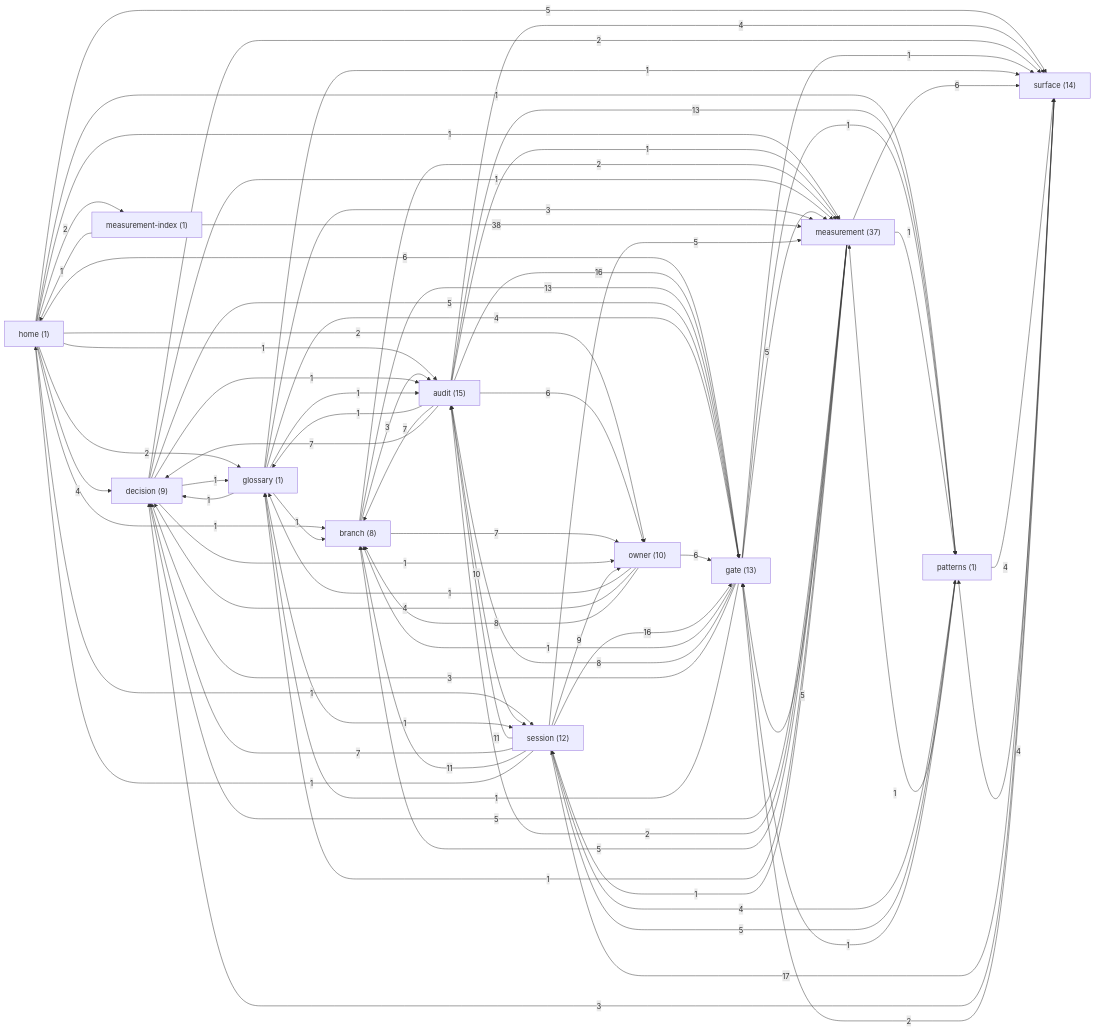
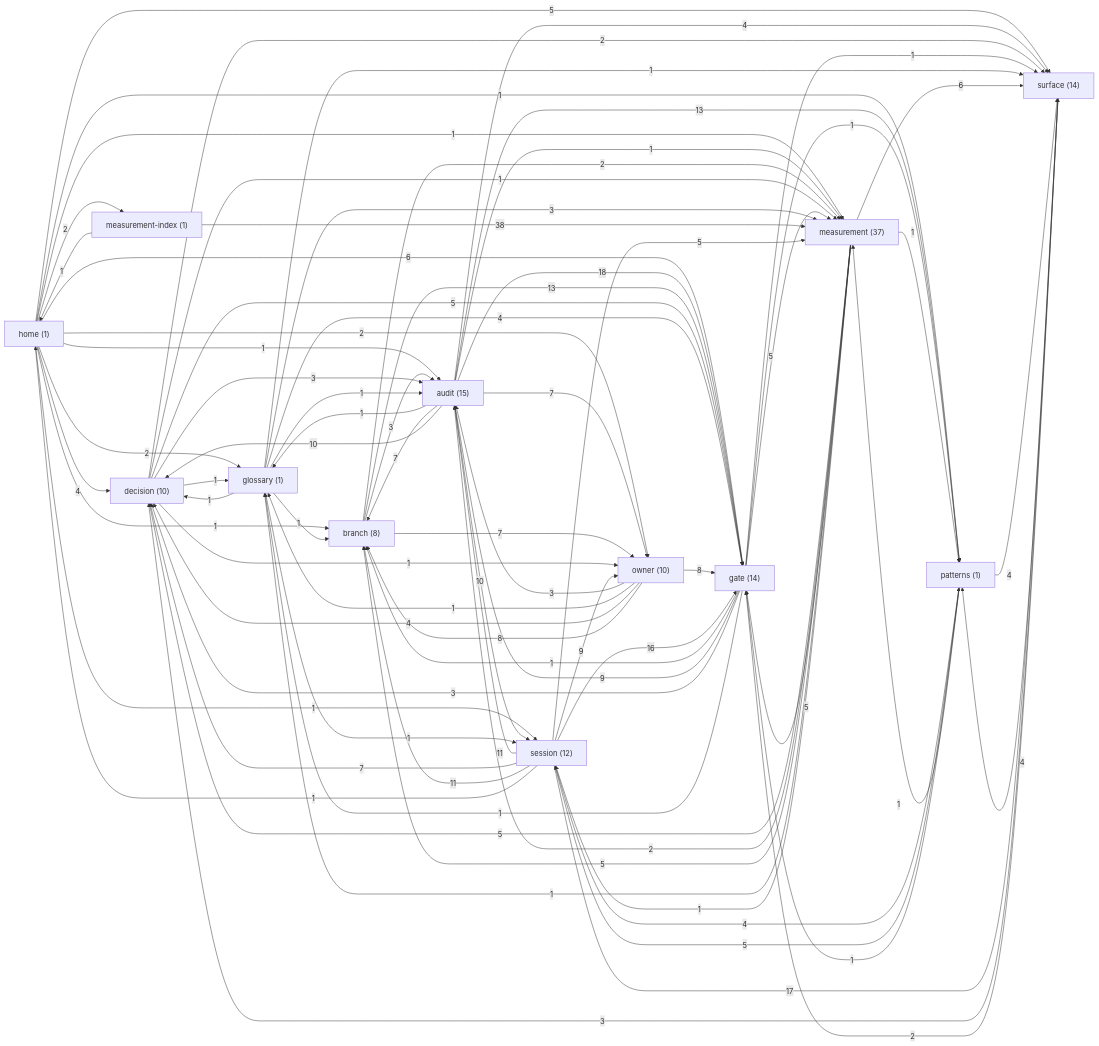
The diagram in docs/brain/GRAPH.md (sergey9519546/STORYMACHINE), drawn with Mermaid before and after one commit. The commit also changed other lines of this file and 11 other files, not shown here.

```diff
--- a/docs/brain/GRAPH.md
+++ b/docs/brain/GRAPH.md
@@ -11,8 +11,8 @@
   home["home (1)"]
   audit["audit (15)"]
   branch["branch (8)"]
-  decision["decision (9)"]
-  gate["gate (13)"]
+  decision["decision (10)"]
+  gate["gate (14)"]
   measurement["measurement (37)"]
   glossary["glossary (1)"]
   measurement_index["measurement-index (1)"]
@@ -34,10 +34,10 @@
   audit -->|1| glossary
   audit -->|10| session
   audit -->|7| branch
-  audit -->|16| gate
-  audit -->|7| decision
+  audit -->|18| gate
+  audit -->|10| decision
   audit -->|13| patterns
-  audit -->|6| owner
+  audit -->|7| owner
   audit -->|4| surface
   audit -->|1| measurement
   branch -->|3| audit
@@ -48,10 +48,10 @@
   decision -->|5| gate
   decision -->|2| surface
   decision -->|1| owner
-  decision -->|1| audit
+  decision -->|3| audit
   decision -->|1| measurement
   gate -->|1| branch
-  gate -->|8| audit
+  gate -->|9| audit
   gate -->|3| decision
   gate -->|5| measurement
   gate -->|1| patterns
@@ -74,7 +74,8 @@
   measurement -->|6| surface
   measurement_index -->|1| home
   measurement_index -->|38| measurement
-  owner -->|6| gate
+  owner -->|3| audit
+  owner -->|8| gate
   owner -->|1| glossary
   owner -->|4| decision
   owner -->|8| branch
```
